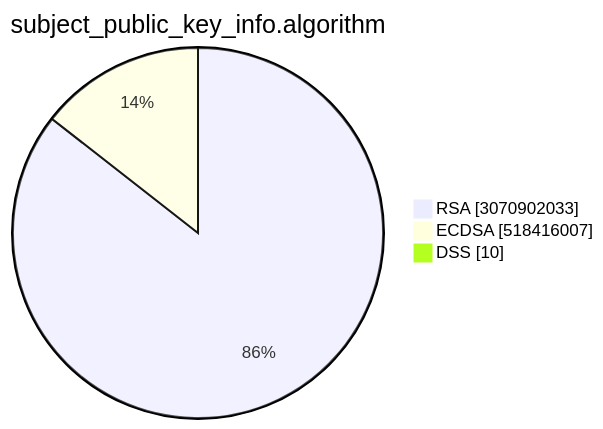
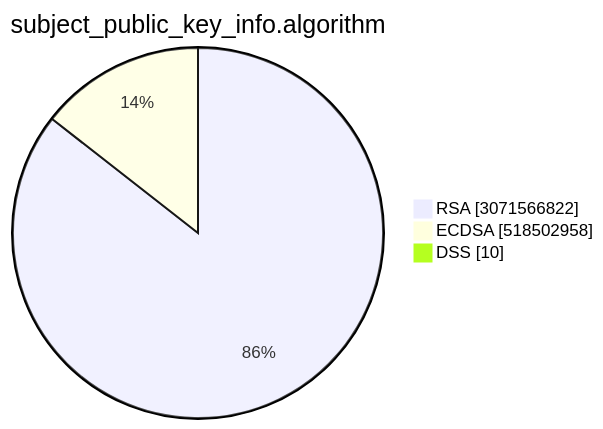
The second of 15 diagrams in TOTAL/README.md (christiankrug/ctmonitor_visualization), drawn with Mermaid before and after one commit. The commit also changed other lines of this file, not shown here.

````diff
--- a/TOTAL/README.md
+++ b/TOTAL/README.md
@@ -6,7 +6,7 @@
 ```mermaid
 pie showData
 title subject_public_key_info.algorithm
-"RSA" :3070902033
-"ECDSA" :518416007
+"RSA" :3071566822
+"ECDSA" :518502958
 "DSS" :10
 ```
````
